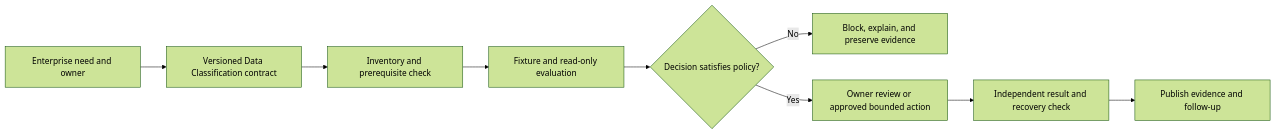
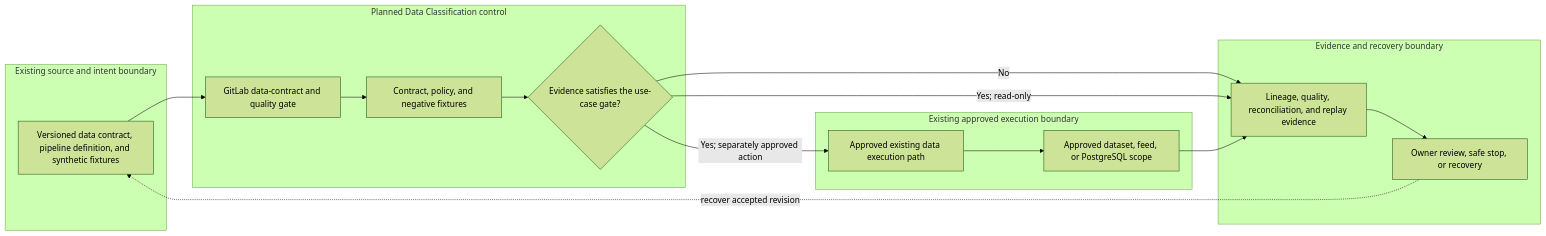
Before and after one commit to MIDHTECH/enterprise-architecture-docs: the diagram in docs/use-cases/data/UC-DATA-015-data-classification.md, drawn with Mermaid (forest theme). The commit also changed other lines of this file and 227 other files, not shown here.

Commit message:
Deepen architecture for all use case designs

````diff
--- a/docs/use-cases/data/UC-DATA-015-data-classification.md
+++ b/docs/use-cases/data/UC-DATA-015-data-classification.md
@@ -136,11 +129,25 @@
 ```mermaid
 flowchart LR
-    Need["Enterprise need and owner"] --> Contract["Versioned Data Classification contract"]
-    Contract --> Preflight["Inventory and prerequisite check"]
-    Preflight --> Evaluate["Fixture and read-only evaluation"]
-    Evaluate --> Decision{"Decision satisfies policy?"}
-    Decision -->|No| Stop["Block, explain, and preserve evidence"]
-    Decision -->|Yes| Review["Owner review or approved bounded action"]
-    Review --> Verify["Independent result and recovery check"]
-    Verify --> Publish["Publish evidence and follow-up"]
+    subgraph Source["Existing source and intent boundary"]
+        A["Versioned data contract, pipeline definition, and synthetic fixtures"]
+    end
+    subgraph Planned["Planned Data Classification control"]
+        B["GitLab data-contract and quality gate"]
+        C["Contract, policy, and negative fixtures"]
+        D{"Evidence satisfies the use-case gate?"}
+    end
+    subgraph Runtime["Existing approved execution boundary"]
+        E["Approved existing data execution path"]
+        F["Approved dataset, feed, or PostgreSQL scope"]
+    end
+    subgraph Assurance["Evidence and recovery boundary"]
+        G["Lineage, quality, reconciliation, and replay evidence"]
+        H["Owner review, safe stop, or recovery"]
+    end
+
+    A --> B --> C --> D
+    D -->|No| G --> H
+    D -->|Yes; read-only| G
+    D -->|Yes; separately approved action| E --> F --> G
+    H -. recover accepted revision .-> A
 ```
````
